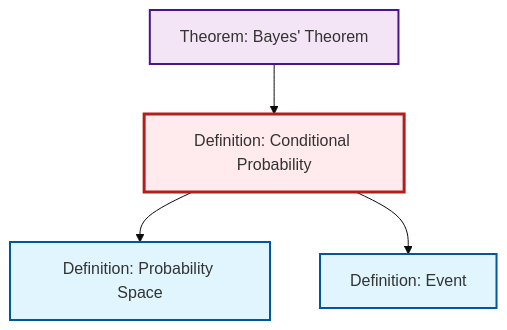
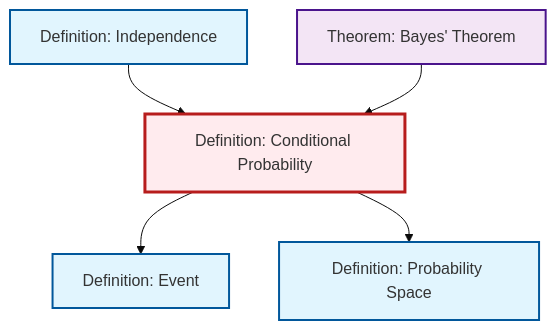
Before and after one commit to RK0429/ModernMath: the diagram in content/en/probability-statistics/def-conditional-probability.qmd, drawn with Mermaid (base theme). The commit also changed 474 other files, not shown here.

````diff
--- a/content/en/probability-statistics/def-conditional-probability.qmd
+++ b/content/en/probability-statistics/def-conditional-probability.qmd
@@ -69,20 +69,23 @@
 ```{mermaid}
 %%| fig-cap: "Local dependency graph"
 graph TD
     classDef definition fill:#e1f5fe,stroke:#01579b,stroke-width:2px
     classDef theorem fill:#f3e5f5,stroke:#4a148c,stroke-width:2px
     classDef axiom fill:#fff3e0,stroke:#e65100,stroke-width:2px
     classDef example fill:#e8f5e9,stroke:#1b5e20,stroke-width:2px
     classDef current fill:#ffebee,stroke:#b71c1c,stroke-width:3px
+    def-event["Definition: Event"]:::definition
+    def-probability-space["Definition: Probability Space"]:::definition
+    def-conditional-probability["Definition: Conditional Probability"]:::definition
+    def-independence["Definition: Independence"]:::definition
     thm-bayes["Theorem: Bayes' Theorem"]:::theorem
-    def-probability-space["Definition: Probability Space"]:::definition
-    def-event["Definition: Event"]:::definition
-    def-conditional-probability["Definition: Conditional Probability"]:::definition
+    def-independence --> def-conditional-probability
     thm-bayes --> def-conditional-probability
+    def-conditional-probability --> def-event
     def-conditional-probability --> def-probability-space
-    def-conditional-probability --> def-event
     class def-conditional-probability current
+    click def-event "def-event.html" "Go to Event definition"
+    click def-probability-space "def-probability-space.html" "Go to Probability Space definition"
+    click def-independence "def-independence.html" "Go to Independence definition"
     click thm-bayes "thm-bayes.html" "Go to Bayes' Theorem theorem"
-    click def-probability-space "def-probability-space.html" "Go to Probability Space definition"
-    click def-event "def-event.html" "Go to Event definition"
 ```
````
